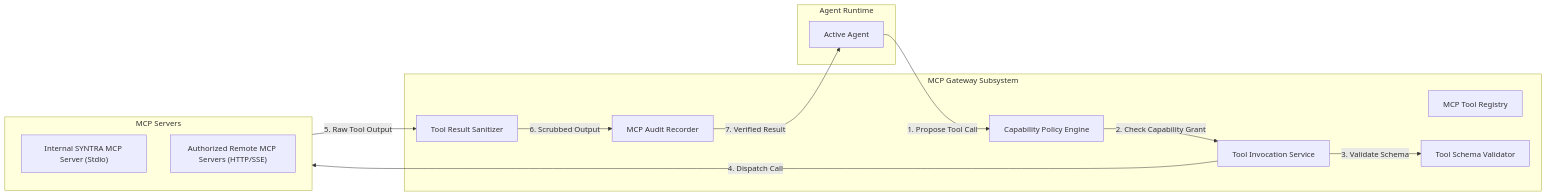
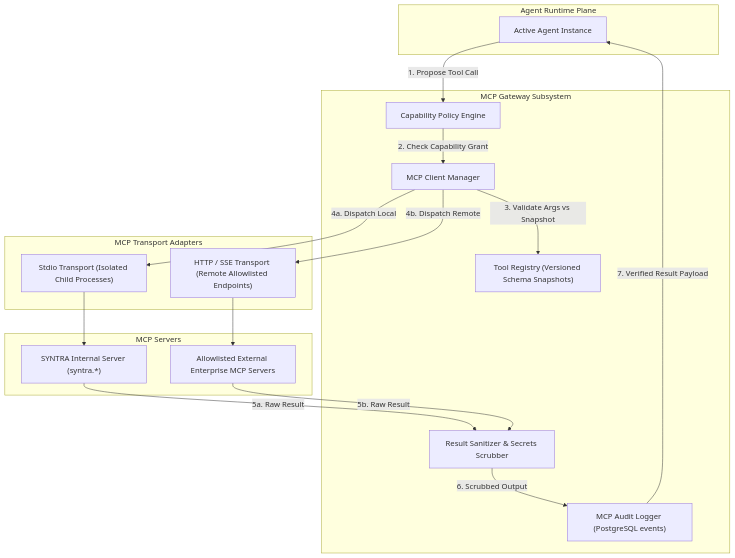
The diagram in docs/architecture/mcp-design.md (thedeepakreddy/SYNTRA), drawn with Mermaid before and after one commit. The commit also changed other lines of this file and 18 other files, not shown here.

Commit message:
docs(phase-0): complete system architecture, component boundaries, database DDL, ADRs, contracts, and roadmap

````diff
--- a/docs/architecture/mcp-design.md
+++ b/docs/architecture/mcp-design.md
@@ -16,28 +27,34 @@
 ```mermaid
-flowchart LR
-    subgraph AgentRuntime["Agent Runtime"]
-        Agent["Active Agent"]
+flowchart TD
+    subgraph AgentPlane["Agent Runtime Plane"]
+        Agent["Active Agent Instance"]
     end
 
     subgraph MCPGateway["MCP Gateway Subsystem"]
-        CapEngine["Capability Policy Engine"]
-        ToolRegistry["MCP Tool Registry"]
-        SchemaValidator["Tool Schema Validator"]
-        InvocService["Tool Invocation Service"]
-        Sanitizer["Tool Result Sanitizer"]
-        AuditLogger["MCP Audit Recorder"]
+        Policy["Capability Policy Engine"]
+        ClientManager["MCP Client Manager"]
+        ToolRegistry["Tool Registry (Versioned Schema Snapshots)"]
+        Sanitizer["Result Sanitizer & Secrets Scrubber"]
+        AuditLogger["MCP Audit Logger (PostgreSQL events)"]
     end
 
-    subgraph ServerLayer["MCP Servers"]
-        InternalMCP["Internal SYNTRA MCP Server (Stdio)"]
-        ExternalMCP["Authorized Remote MCP Servers (HTTP/SSE)"]
+    subgraph Transports["MCP Transport Adapters"]
+        StdioTransport["Stdio Transport (Isolated Child Processes)"]
+        SSETransport["HTTP / SSE Transport (Remote Allowlisted Endpoints)"]
     end
 
-    Agent -->|1. Propose Tool Call| CapEngine
-    CapEngine -->|2. Check Capability Grant| InvocService
-    InvocService -->|3. Validate Schema| SchemaValidator
-    InvocService -->|4. Dispatch Call| ServerLayer
-    ServerLayer -->|5. Raw Tool Output| Sanitizer
+    subgraph Servers["MCP Servers"]
+        SyntraServer["SYNTRA Internal Server (syntra.*)"]
+        ExternalServers["Allowlisted External Enterprise MCP Servers"]
+    end
+
+    Agent -->|1. Propose Tool Call| Policy
+    Policy -->|2. Check Capability Grant| ClientManager
+    ClientManager -->|3. Validate Args vs Snapshot| ToolRegistry
+    ClientManager -->|4a. Dispatch Local| StdioTransport --> SyntraServer
+    ClientManager -->|4b. Dispatch Remote| SSETransport --> ExternalServers
+    SyntraServer -->|5a. Raw Result| Sanitizer
+    ExternalServers -->|5b. Raw Result| Sanitizer
     Sanitizer -->|6. Scrubbed Output| AuditLogger
-    AuditLogger -->|7. Verified Result| Agent
+    AuditLogger -->|7. Verified Result Payload| Agent
 ```
````
